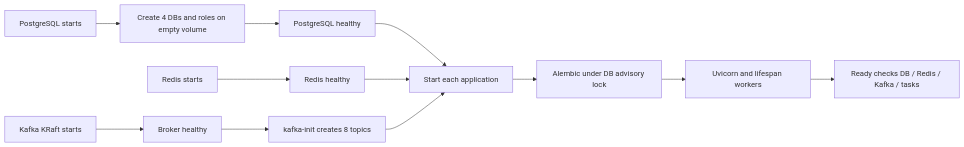
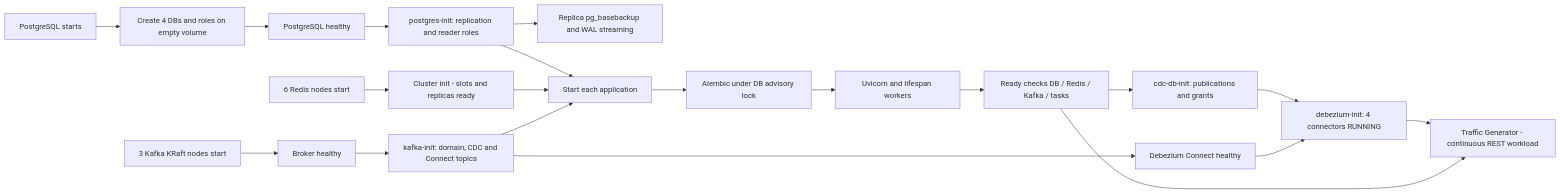
Before and after one commit to Huy-8bit/interview: the diagram in lab/docs/diagrams/sources/startup-dependencies.mmd, drawn with Mermaid. The commit also changed 143 other files, not shown here.

First line of the commit message:
feat(tests): enhance vehicle service tests and add traffic generator

```diff
--- a/lab/docs/diagrams/sources/startup-dependencies.mmd
+++ b/lab/docs/diagrams/sources/startup-dependencies.mmd
@@ -1,13 +1,21 @@
 flowchart LR
     %% diagram: startup-dependencies
     postgres["PostgreSQL starts"] --> dbInit["Create 4 DBs and roles on empty volume"]
     dbInit --> pgReady["PostgreSQL healthy"]
-    redis["Redis starts"] --> redisReady["Redis healthy"]
-    kafka["Kafka KRaft starts"] --> brokerReady["Broker healthy"]
-    brokerReady --> topicInit["kafka-init creates 8 topics"]
-    pgReady --> appStart["Start each application"]
+    redis["6 Redis nodes start"] --> redisReady["Cluster init - slots and replicas ready"]
+    kafka["3 Kafka KRaft nodes start"] --> brokerReady["Broker healthy"]
+    brokerReady --> topicInit["kafka-init: domain, CDC and Connect topics"]
+    pgReady --> replicationInit["postgres-init: replication and reader roles"]
+    replicationInit --> replica["Replica pg_basebackup and WAL streaming"]
+    replicationInit --> appStart["Start each application"]
     redisReady --> appStart
     topicInit --> appStart
     appStart --> migration["Alembic under DB advisory lock"]
     migration --> api["Uvicorn and lifespan workers"]
     api --> readiness["Ready checks DB / Redis / Kafka / tasks"]
+    readiness --> cdcInit["cdc-db-init: publications and grants"]
+    topicInit --> connect["Debezium Connect healthy"]
+    cdcInit --> register["debezium-init: 4 connectors RUNNING"]
+    connect --> register
+    register --> traffic["Traffic Generator - continuous REST workload"]
+    readiness --> traffic
```
